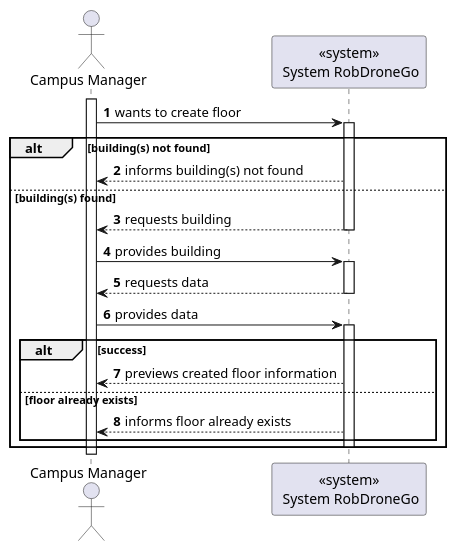
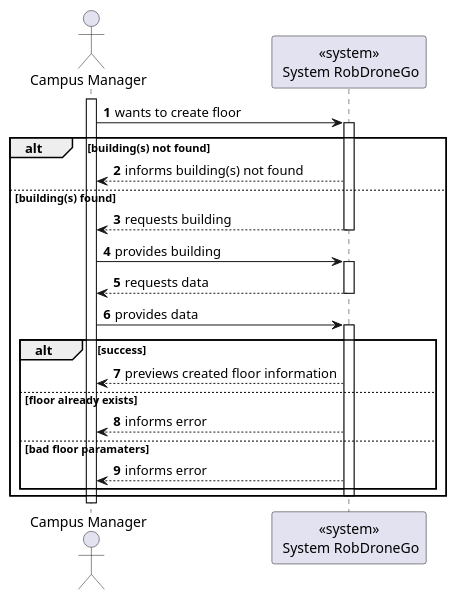
Before and after one commit to Departamento-de-Engenharia-Informatica/lapr5-23-24-g19: the diagram in docs/us1090/level1/process-view.puml, drawn with PlantUML. The commit also changed 3 other files, not shown here.

```diff
--- a/docs/us1090/level1/process-view.puml
+++ b/docs/us1090/level1/process-view.puml
@@ -1,33 +1,35 @@
 @startuml
 autonumber
 
 actor "Campus Manager" as usr
 
 participant "<<system>>\n System RobDroneGo" as sys
 
 activate usr
     usr -> sys : wants to create floor
     activate sys
     alt building(s) not found
         sys --> usr : informs building(s) not found
     else building(s) found
         sys --> usr : requests building
         deactivate sys
 
         usr -> sys : provides building
         activate sys
             sys --> usr : requests data
         deactivate sys
 
         usr -> sys : provides data
         activate sys
             alt success
                 sys --> usr : previews created floor information
             else floor already exists
-                sys --> usr : informs floor already exists
+                sys --> usr : informs error
+            else bad floor paramaters
+                sys --> usr : informs error
             end
         deactivate sys
     end
 deactivate usr
 
 @enduml
```
